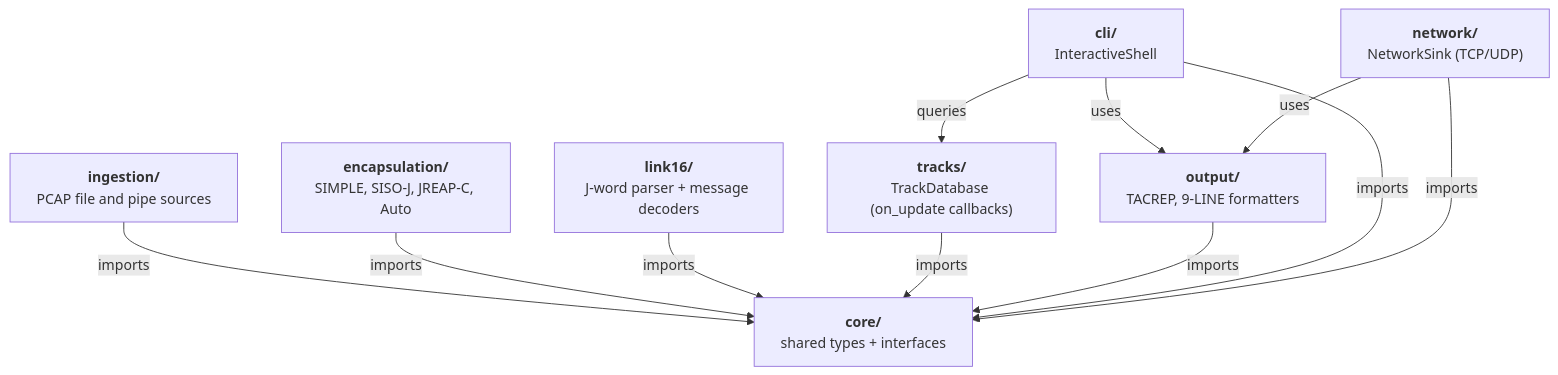
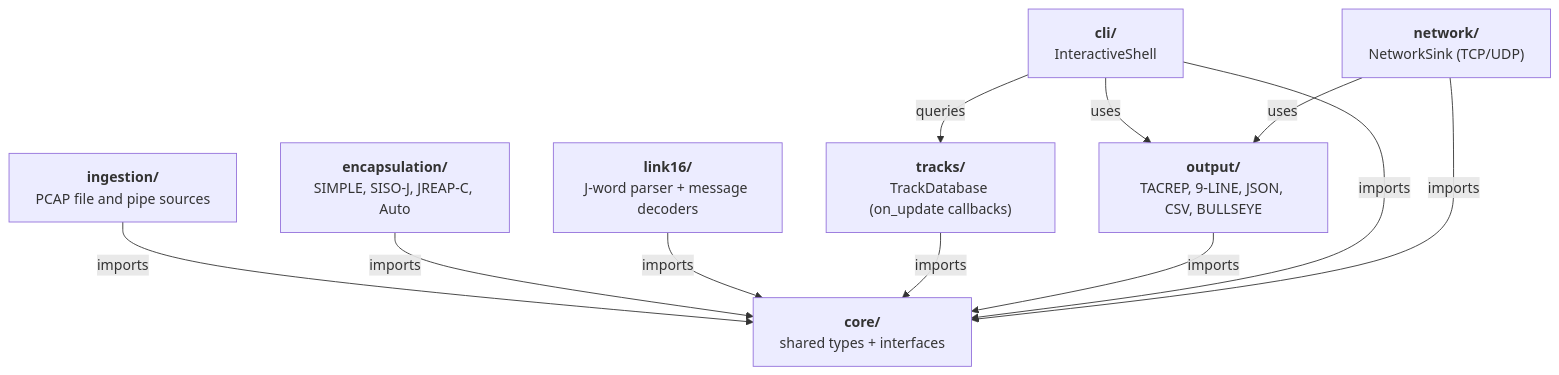
One commit to tellerj/parser changed the third of 5 diagrams in ARCHITECTURE.md. Above: the diagram before and after it, drawn with Mermaid. The commit also changed other lines of this file and 11 other files, not shown here.

First line of the commit message:
Output component: add JSON, CSV, Bullseye formatters; fix TACREP identity gap

````diff
--- a/ARCHITECTURE.md
+++ b/ARCHITECTURE.md
@@ -119,16 +119,16 @@
 ```mermaid
 graph TB
     core["<b>core/</b><br/>shared types + interfaces"]
     ingestion["<b>ingestion/</b><br/>PCAP file and pipe sources"]
     encapsulation["<b>encapsulation/</b><br/>SIMPLE, SISO-J, JREAP-C, Auto"]
     link16["<b>link16/</b><br/>J-word parser + message decoders"]
     tracks["<b>tracks/</b><br/>TrackDatabase (on_update callbacks)"]
-    output["<b>output/</b><br/>TACREP, 9-LINE formatters"]
+    output["<b>output/</b><br/>TACREP, 9-LINE, JSON, CSV, BULLSEYE"]
     cli["<b>cli/</b><br/>InteractiveShell"]
     network["<b>network/</b><br/>NetworkSink (TCP/UDP)"]
 
     ingestion & encapsulation & link16 & tracks & output & cli & network -->|"imports"| core
     cli -->|"queries"| tracks
     cli -->|"uses"| output
     network -->|"uses"| output
 ```
````
